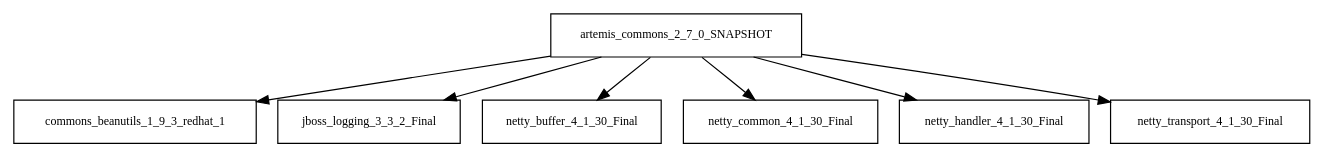
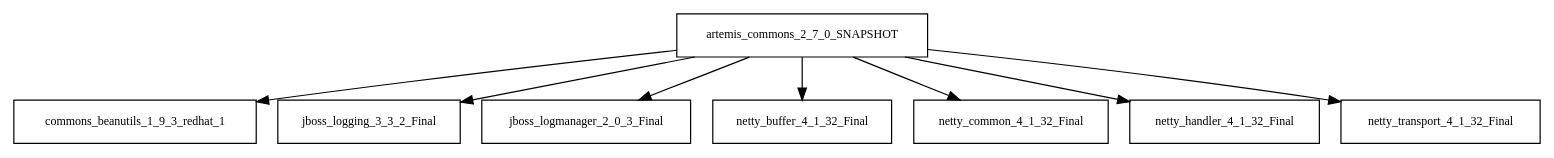
Before and after one commit to Hack23/cia: the diagram in tattleTaleReport/graphviz/artemis-commons-2.7.0-SNAPSHOT.jar/artemis-commons-2.7.0-SNAPSHOT.jar.dot, drawn with Graphviz. The commit also changed 3771 other files, not shown here.

```diff
--- a/tattleTaleReport/graphviz/artemis-commons-2.7.0-SNAPSHOT.jar/artemis-commons-2.7.0-SNAPSHOT.jar.dot
+++ b/tattleTaleReport/graphviz/artemis-commons-2.7.0-SNAPSHOT.jar/artemis-commons-2.7.0-SNAPSHOT.jar.dot
@@ -1,9 +1,10 @@
 digraph artemis_commons_2_7_0_SNAPSHOT_dependencies {
   node [shape = box, fontsize=10.0];
   artemis_commons_2_7_0_SNAPSHOT -> commons_beanutils_1_9_3_redhat_1;
   artemis_commons_2_7_0_SNAPSHOT -> jboss_logging_3_3_2_Final;
-  artemis_commons_2_7_0_SNAPSHOT -> netty_buffer_4_1_30_Final;
-  artemis_commons_2_7_0_SNAPSHOT -> netty_common_4_1_30_Final;
-  artemis_commons_2_7_0_SNAPSHOT -> netty_handler_4_1_30_Final;
-  artemis_commons_2_7_0_SNAPSHOT -> netty_transport_4_1_30_Final;
+  artemis_commons_2_7_0_SNAPSHOT -> jboss_logmanager_2_0_3_Final;
+  artemis_commons_2_7_0_SNAPSHOT -> netty_buffer_4_1_32_Final;
+  artemis_commons_2_7_0_SNAPSHOT -> netty_common_4_1_32_Final;
+  artemis_commons_2_7_0_SNAPSHOT -> netty_handler_4_1_32_Final;
+  artemis_commons_2_7_0_SNAPSHOT -> netty_transport_4_1_32_Final;
 }
```
